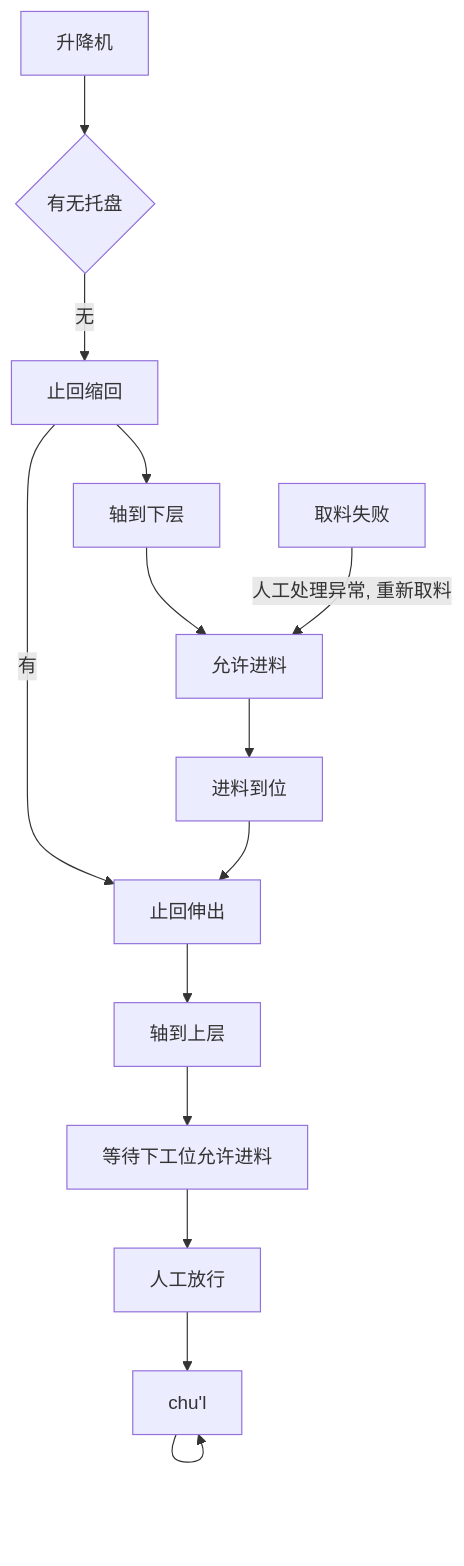
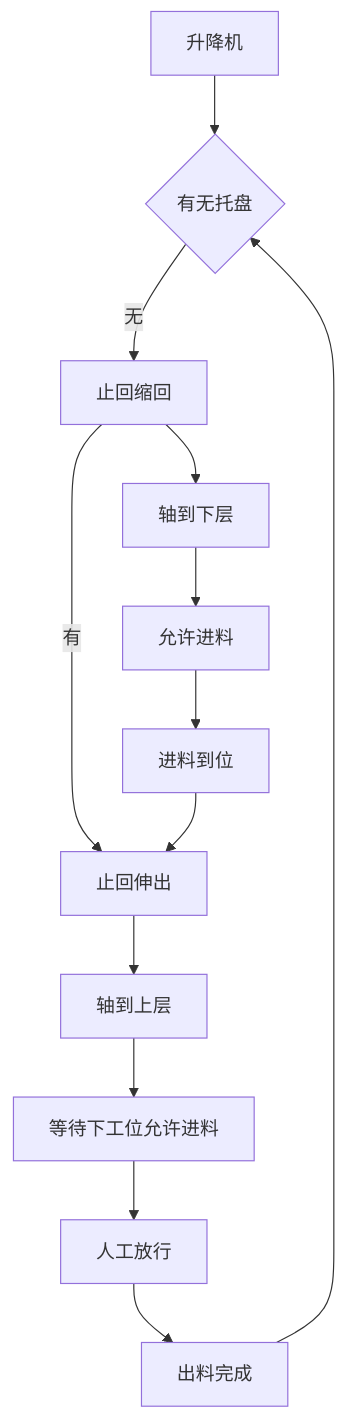
One commit to PengKun1/iodraw-files changed the diagram in all/升降台.md. Above: the diagram before and after it, drawn with Mermaid.

Commit message:
2024-12-23 10:21:17 update

````diff
--- a/all/升降台.md
+++ b/all/升降台.md
@@ -1,17 +1,15 @@
 ```mermaid
 graph TD
 0[升降机]-->10
 10{有无托盘}-->|无|20
 20-->|有|60
 20[止回缩回]-->30
 30[轴到下层]-->40
 40[允许进料]-->50
 50[进料到位]-->60
 60[止回伸出]-->70
 70[轴到上层]-->80
 80[等待下工位允许进料]-->90
 90[人工放行]-->100
-100[chu'l]-->100
-
-900[取料失败]-->|人工处理异常, 重新取料|40
+100[出料完成]-->10
 ```
````
